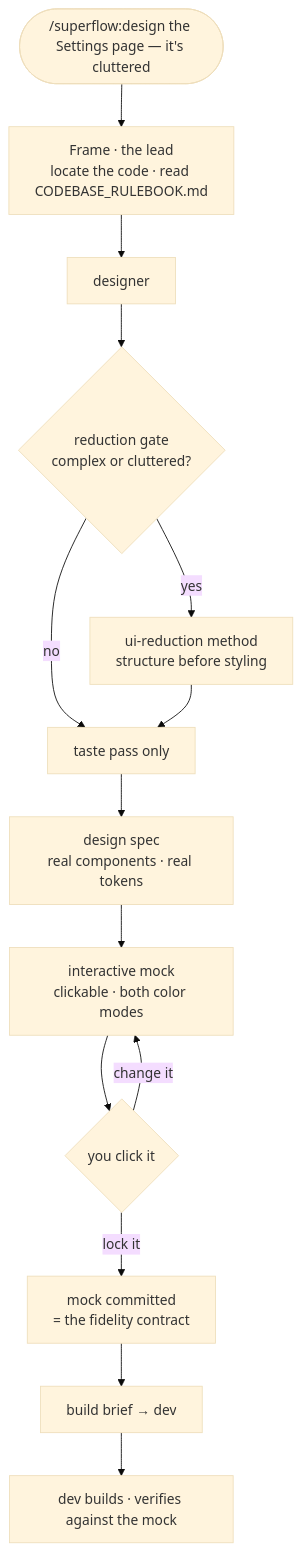
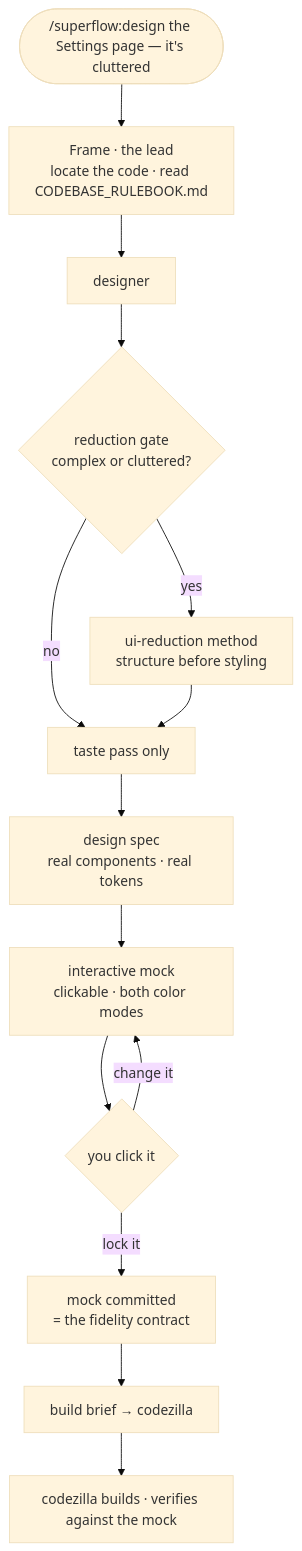
One commit to cashwanikumar/superflow changed the diagram in docs/designing-a-screen.md. Above: the diagram before and after it, drawn with Mermaid (base theme). The commit also changed other lines of this file and 18 other files, not shown here.

First line of the commit message:
Rename dev/finder/pm personas to codezilla/sherlock/bossbaby (#2)

````diff
--- a/docs/designing-a-screen.md
+++ b/docs/designing-a-screen.md
@@ -17,16 +17,16 @@
 ```mermaid
 flowchart TD
     A(["/superflow:design the Settings page — it's cluttered"]) --> B["Frame · the lead<br/>locate the code · read CODEBASE_RULEBOOK.md"]
     B --> C["designer"]
     C --> G{"reduction gate<br/>complex or cluttered?"}
     G -->|yes| R["ui-reduction method<br/>structure before styling"]
     G -->|no| T["taste pass only"]
     R --> T
     T --> S["design spec<br/>real components · real tokens"]
     S --> M["interactive mock<br/>clickable · both color modes"]
     M --> L{"you click it"}
     L -->|"change it"| M
     L -->|"lock it"| K["mock committed<br/>= the fidelity contract"]
-    K --> BR["build brief → dev"]
-    BR --> V["dev builds · verifies against the mock"]
+    K --> BR["build brief → codezilla"]
+    BR --> V["codezilla builds · verifies against the mock"]
 ```
````
